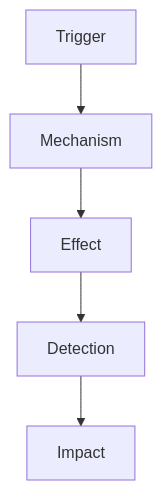
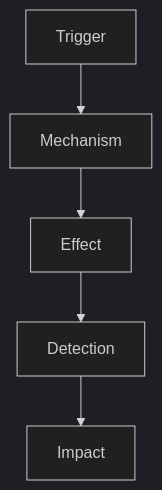
One commit to hanasaki/hanaden-bwrap-enhanced changed the first of 2 diagrams in docs/doc-templates/20260817-145224-591490-751d-be54-c17afaa064fb-ent-incident-report.tmpl-0.0.1.md. Above: the diagram before and after it, drawn with Mermaid. The commit also changed other lines of this file and 1 other file, not shown here.

````diff
--- a/docs/doc-templates/20260817-145224-591490-751d-be54-c17afaa064fb-ent-incident-report.tmpl-0.0.1.md
+++ b/docs/doc-templates/20260817-145224-591490-751d-be54-c17afaa064fb-ent-incident-report.tmpl-0.0.1.md
@@ -355,10 +278,17 @@
 ```mermaid
+%%{init: {'theme': 'dark'}}%%
 flowchart TD
     T["Trigger\n<what initiated the sequence>"]
     M["Mechanism\n<how the defect manifested>"]
     E["Effect\n<what the system observed>"]
     D["Detection\n<how it was found, after how long>"]
     I["Impact\n<what was lost or corrupted>"]
 
     T --> M --> E --> D --> I
+
+    classDef trigger fill:#bb8009,stroke:#d29922,color:#fff
+    classDef mech    fill:#8957e5,stroke:#a371f7,color:#fff
+    classDef effect  fill:#1f6feb,stroke:#58a6ff,color:#fff
+    classDef detect  fill:#238636,stroke:#3fb950,color:#fff
+    classDef impact  fill:#b91c1c,stroke:#ff7b72,color:#fff
 ```
````
